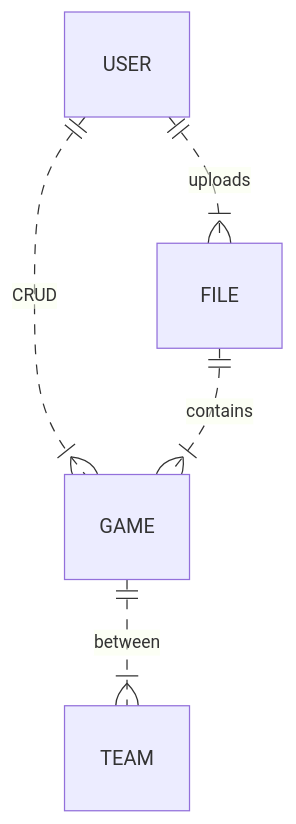
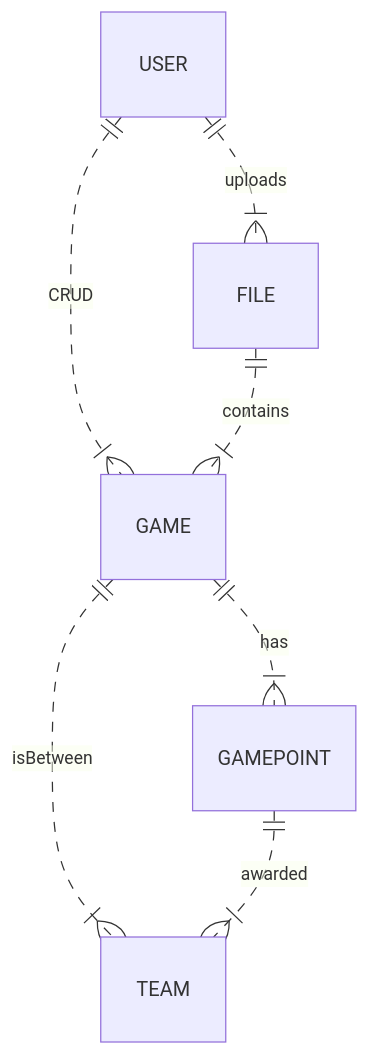
The diagram in README.md (NagaSolo/makmalharimau), drawn with Mermaid before and after one commit. The commit also changed other lines of this file and 1 other file, not shown here.

Commit message:
modified, added, tested; erd, models, testcases

````diff
--- a/README.md
+++ b/README.md
@@ -35,7 +28,9 @@
 ```mermaid
 erDiagram
     USER ||..|{ FILE : uploads
     USER ||..|{ GAME : CRUD
     FILE ||..|{ GAME : contains
-    GAME ||..|{ TEAM : between
+    GAME ||..|{ TEAM : isBetween
+    GAME ||..|{ GAMEPOINT : has
+    GAMEPOINT ||..|{ TEAM : awarded
 ```
````
